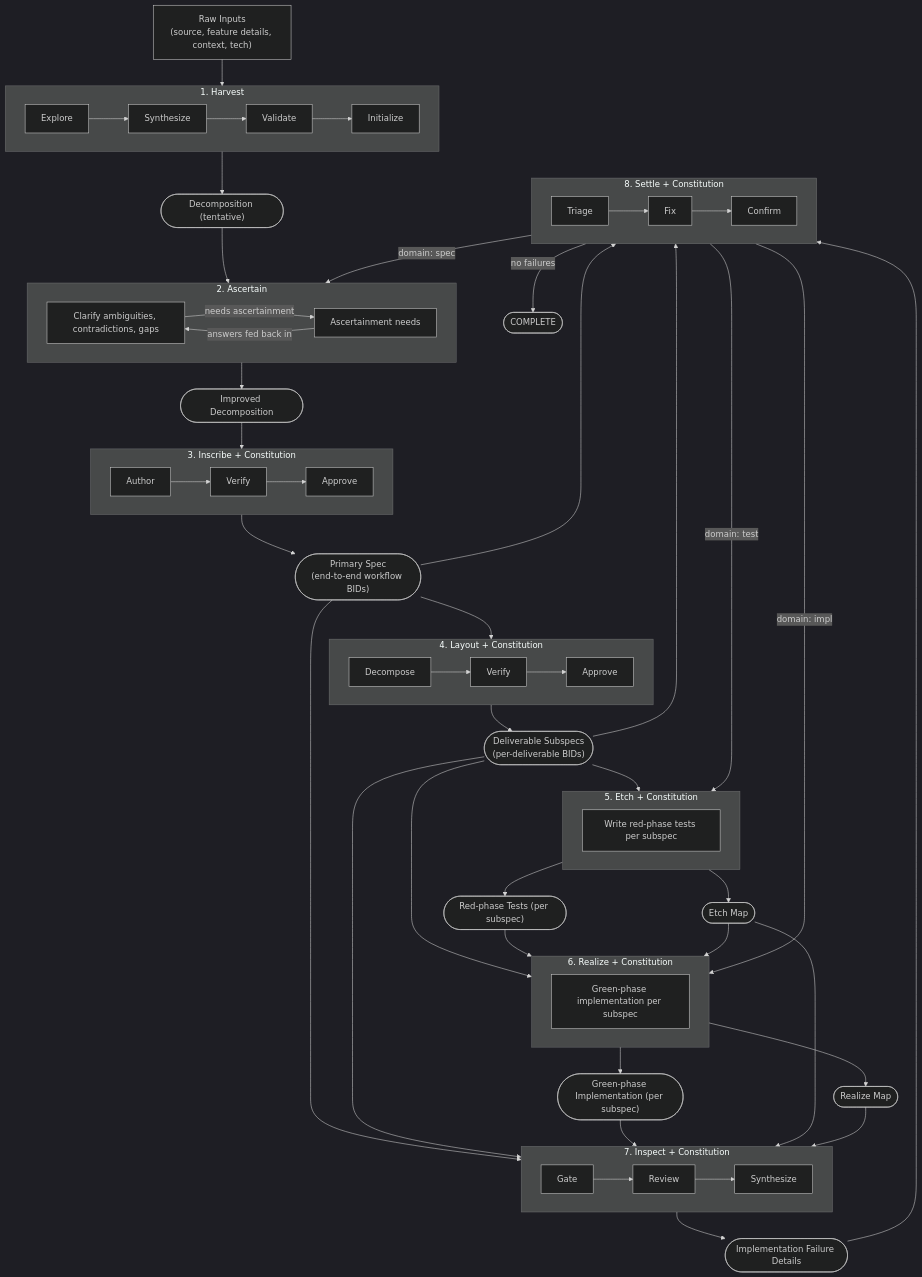
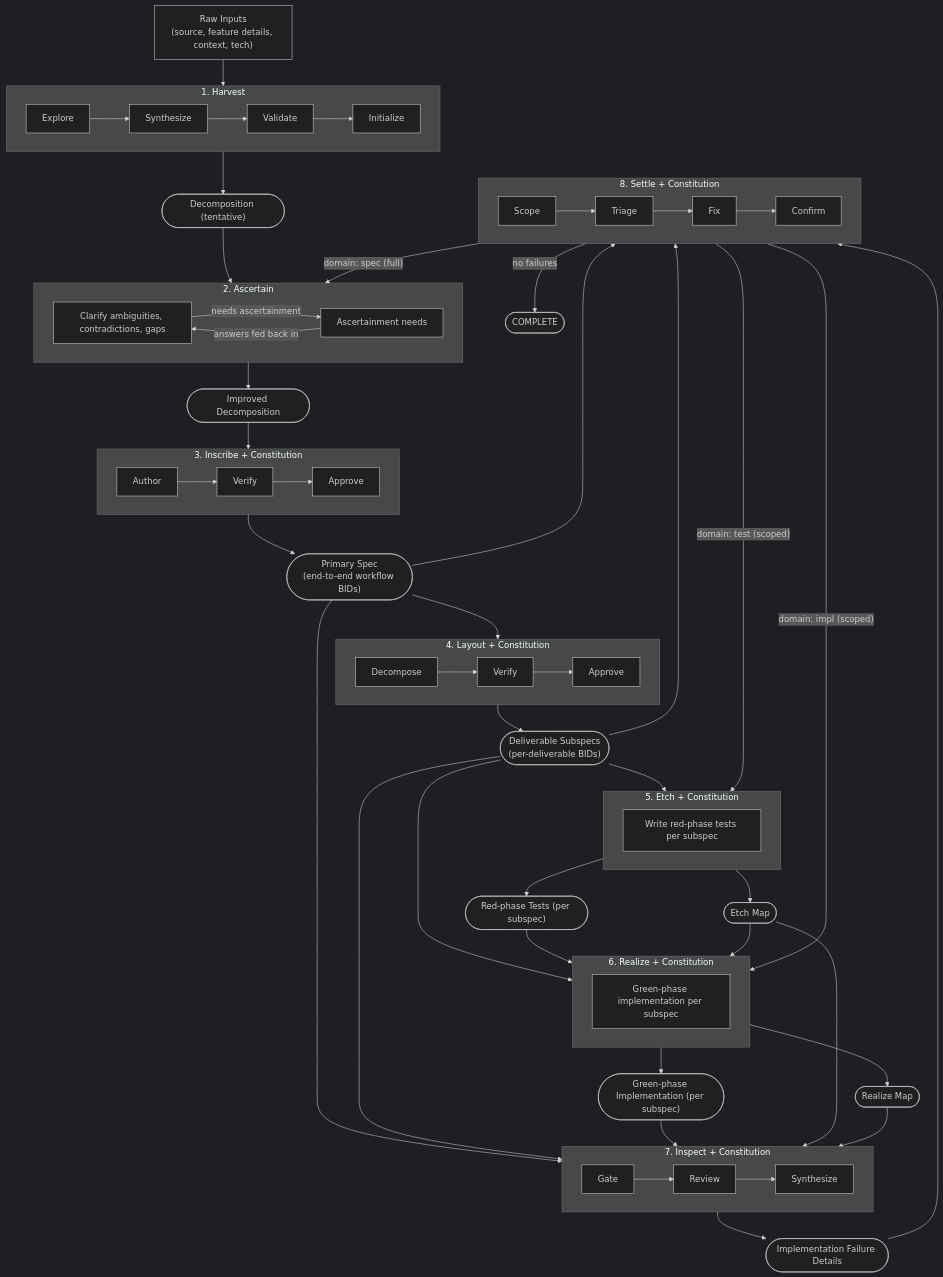
One commit to v0idbit/haileris changed the fourth of 5 diagrams in docs/diagrams/diagrams.md. Above: the diagram before and after it, drawn with Mermaid (dark theme). The commit also changed other lines of this file, not shown here.

Commit message:
docs: update diagrams for interface contracts and scoped re-runs

````diff
--- a/docs/diagrams/diagrams.md
+++ b/docs/diagrams/diagrams.md
@@ -148,76 +150,76 @@
 ```mermaid
 flowchart TD
     RAW["Raw Inputs<br>(source, feature details, context, tech)"]
 
     RAW --> H
 
     subgraph H["1. Harvest"]
         H_E["Explore"] --> H_S["Synthesize"] --> H_V["Validate"] --> H_I["Initialize"]
     end
 
     H --> DEC(["Decomposition (tentative)"])
     DEC --> A
 
     subgraph A["2. Ascertain"]
         A_P["Clarify ambiguities, contradictions, gaps"]
         A_P -->|needs ascertainment| A_OUT_Q["Ascertainment needs"]
         A_OUT_Q -->|answers fed back in| A_P
     end
 
     A --> ID(["Improved Decomposition"])
     ID --> I
 
     subgraph I["3. Inscribe + Constitution"]
         I_A["Author"] --> I_V["Verify"] --> I_AP["Approve"]
     end
 
     I --> PS2(["Primary Spec<br>(end-to-end workflow BIDs)"])
     PS2 --> L
 
     subgraph L["4. Layout + Constitution"]
         L_D["Decompose"] --> L_V["Verify"] --> L_AP["Approve"]
     end
 
     L --> CS2(["Deliverable Subspecs<br>(per-deliverable BIDs)"])
     CS2 --> E
 
     subgraph E["5. Etch + Constitution"]
         E_P["Write red-phase tests per subspec"]
     end
 
     E --> RT(["Red-phase Tests (per subspec)"])
     E --> ETM2(["Etch Map"])
     CS2 --> R
     RT --> R
     ETM2 --> R
 
     subgraph R["6. Realize + Constitution"]
         R_P["Green-phase implementation per subspec"]
     end
 
     R --> GI(["Green-phase Implementation (per subspec)"])
     R --> RM2(["Realize Map"])
     PS2 --> IN
     CS2 --> IN
     GI --> IN
     ETM2 --> IN
     RM2 --> IN
 
     subgraph IN["7. Inspect + Constitution"]
         IN_G["Gate"] --> IN_R["Review"] --> IN_S["Synthesize"]
     end
 
     IN --> IF(["Implementation Failure Details"])
     PS2 --> S
     CS2 --> S
     IF --> S
 
     subgraph S["8. Settle + Constitution"]
-        S_T["Triage"] --> S_F["Fix"] --> S_C["Confirm"]
+        S_SC["Scope"] --> S_T["Triage"] --> S_F["Fix"] --> S_C["Confirm"]
     end
 
-    S -->|"domain: spec"| A
-    S -->|"domain: test"| E
-    S -->|"domain: impl"| R
+    S -->|"domain: spec (full)"| A
+    S -->|"domain: test (scoped)"| E
+    S -->|"domain: impl (scoped)"| R
     S -->|no failures| DONE(["COMPLETE"])
 ```
````
